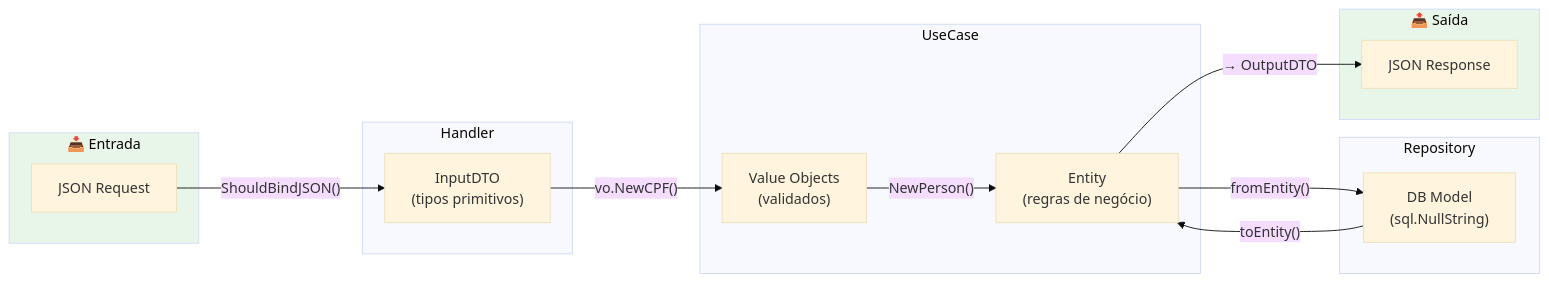
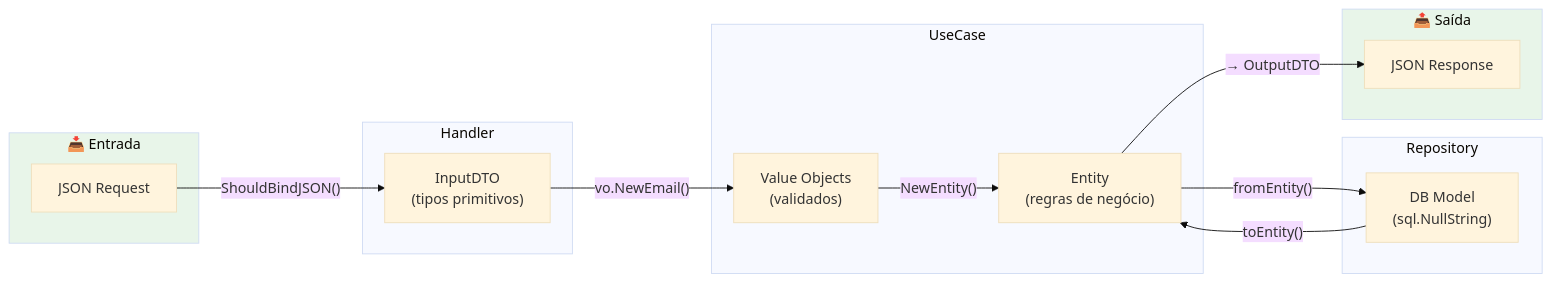
The eighth of 8 diagrams in docs/app/architecture.md (jrmarcello/gopherplate), drawn with Mermaid (base theme) before and after one commit. The commit also changed other lines of this file, not shown here.

Commit message:
docs: update architecture diagram and description for entity domain

````diff
--- a/docs/app/architecture.md
+++ b/docs/app/architecture.md
@@ -376,33 +375,33 @@
 ```mermaid
 flowchart LR
     subgraph Input["📥 Entrada"]
         JSON["JSON Request"]
     end
 
     subgraph Handler["Handler"]
         InputDTO["InputDTO\n(tipos primitivos)"]
     end
 
     subgraph UseCase["UseCase"]
         VOs["Value Objects\n(validados)"]
         Entity["Entity\n(regras de negócio)"]
     end
 
     subgraph Repository["Repository"]
         DBModel["DB Model\n(sql.NullString)"]
     end
 
     subgraph Output["📤 Saída"]
         Response["JSON Response"]
     end
 
     JSON -->|"ShouldBindJSON()"| InputDTO
-    InputDTO -->|"vo.NewCPF()"| VOs
-    VOs -->|"NewPerson()"| Entity
+    InputDTO -->|"vo.NewEmail()"| VOs
+    VOs -->|"NewEntity()"| Entity
     Entity -->|"fromEntity()"| DBModel
     DBModel -->|"toEntity()"| Entity
     Entity -->|"→ OutputDTO"| Response
 
     style Input fill:#e8f5e9
     style Output fill:#e8f5e9
 ```
````
